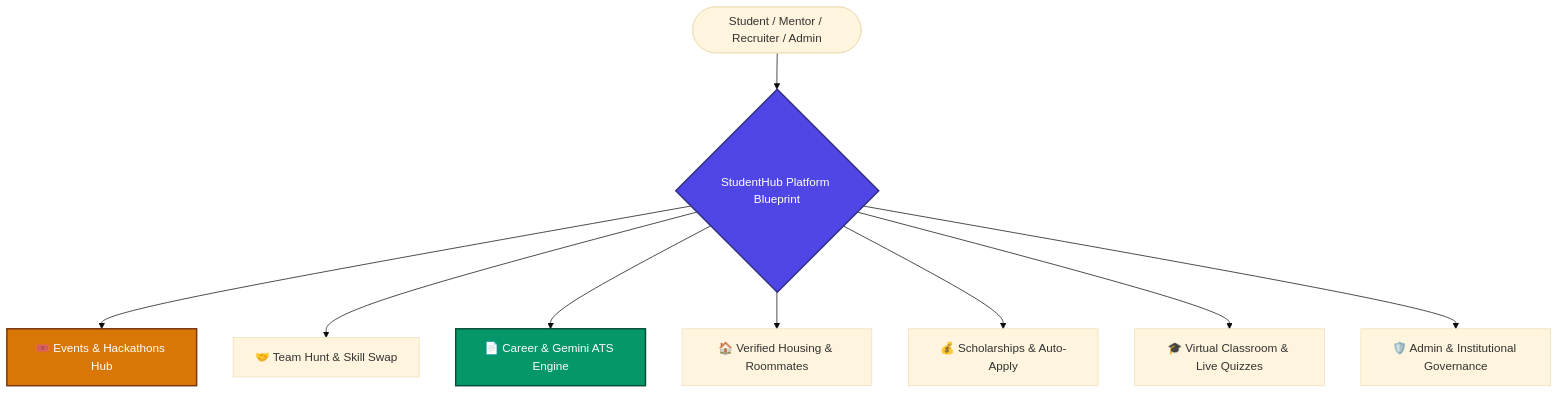
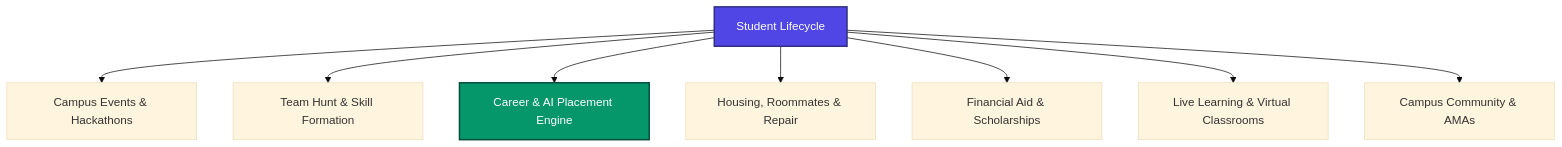
One commit to sandeep-kumar-270904/platform-blueprint changed the first of 15 diagrams in README.md. Above: the diagram before and after it, drawn with Mermaid (base theme). The commit also changed other lines of this file, not shown here.

````diff
--- a/README.md
+++ b/README.md
@@ -34,16 +75,13 @@
 ```mermaid
 graph TD
-    User([Student / Mentor / Recruiter / Admin]) --> Hub{StudentHub Platform Blueprint}
+    A[Student Lifecycle] --> B[Campus Events & Hackathons]
+    A --> C[Team Hunt & Skill Formation]
+    A --> D[Career & AI Placement Engine]
+    A --> E[Housing, Roommates & Repair]
+    A --> F[Financial Aid & Scholarships]
+    A --> G[Live Learning & Virtual Classrooms]
+    A --> H[Campus Community & AMAs]
     
-    Hub --> E[🎟️ Events & Hackathons Hub]
-    Hub --> T[🤝 Team Hunt & Skill Swap]
-    Hub --> C[📄 Career & Gemini ATS Engine]
-    Hub --> H[🏠 Verified Housing & Roommates]
-    Hub --> S[💰 Scholarships & Auto-Apply]
-    Hub --> V[🎓 Virtual Classroom & Live Quizzes]
-    Hub --> A[🛡️ Admin & Institutional Governance]
-    
-    style Hub fill:#4F46E5,stroke:#312E81,stroke-width:2px,color:#fff
-    style C fill:#059669,stroke:#064E3B,stroke-width:2px,color:#fff
-    style E fill:#D97706,stroke:#78350F,stroke-width:2px,color:#fff
+    style A fill:#4F46E5,stroke:#312E81,stroke-width:2px,color:#fff
+    style D fill:#059669,stroke:#064E3B,stroke-width:2px,color:#fff
 ```
````
